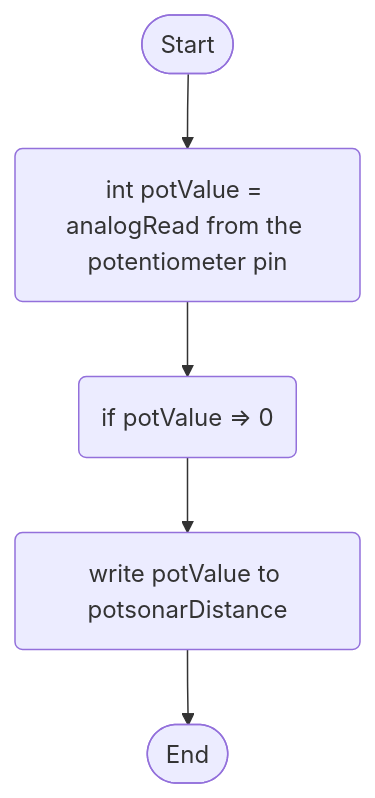
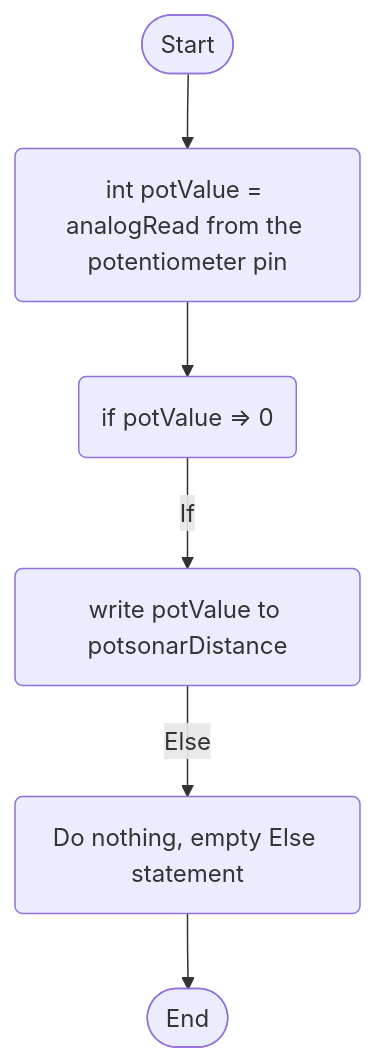
The diagram in Flowcharts/potentiometerLogic.md (4060269/SmartWorkstationAssessment3), drawn with Mermaid before and after one commit.

````diff
--- a/Flowcharts/potentiometerLogic.md
+++ b/Flowcharts/potentiometerLogic.md
@@ -3,13 +3,15 @@
 ```mermaid
 flowchart TD
 terminalStart([Start])
 terminalEnd([End])
 setVariable(int potValue = analogRead from the potentiometer pin)
 activatePotentiometer0(if potValue => 0)
 activatePotentiometer1(write potValue to potsonarDistance)
+activatePotentiometer2(Do nothing, empty Else statement)
 
 terminalStart --> setVariable
 setVariable --> activatePotentiometer0
-activatePotentiometer0 --> activatePotentiometer1
-activatePotentiometer1 --> terminalEnd
+activatePotentiometer0 --> |If| activatePotentiometer1
+activatePotentiometer1 --> |Else| activatePotentiometer2 
+activatePotentiometer2 --> terminalEnd
 ```
````
